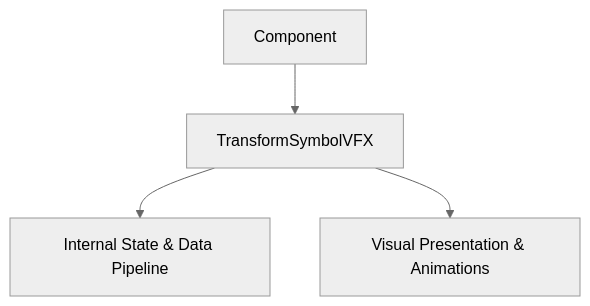
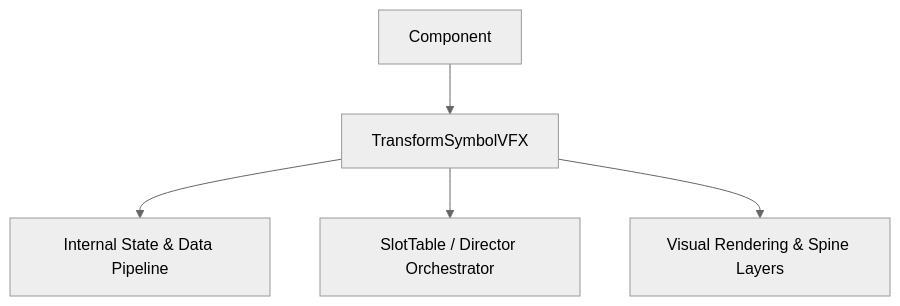
Before and after one commit to lam-ark/mcp-fwcc: the diagram in docs/cc_slot_mechanics/modules/TransformSymbolVFX/01_overview/01_architecture_and_role.md, drawn with Mermaid (neutral theme). The commit also changed other lines of this file and 2509 other files, not shown here.

````diff
--- a/docs/cc_slot_mechanics/modules/TransformSymbolVFX/01_overview/01_architecture_and_role.md
+++ b/docs/cc_slot_mechanics/modules/TransformSymbolVFX/01_overview/01_architecture_and_role.md
@@ -18,6 +24,7 @@
 ```mermaid
 graph TD
-    Parent[Component] --> Mod[TransformSymbolVFX]
-    Mod --> State[Internal State & Data Pipeline]
-    Mod --> Render[Visual Presentation & Animations]
+    SuperClass[Component] --> TargetClass[TransformSymbolVFX]
+    TargetClass --> DataPipeline[Internal State & Data Pipeline]
+    TargetClass --> Orchestrator[SlotTable / Director Orchestrator]
+    TargetClass --> ViewLayer[Visual Rendering & Spine Layers]
 ```
````
